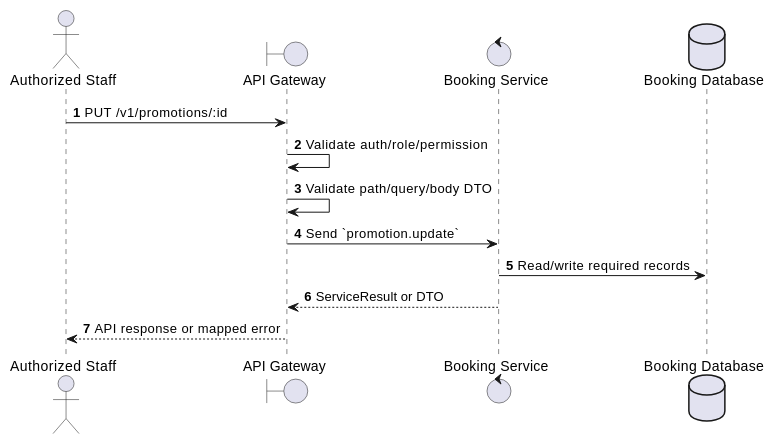
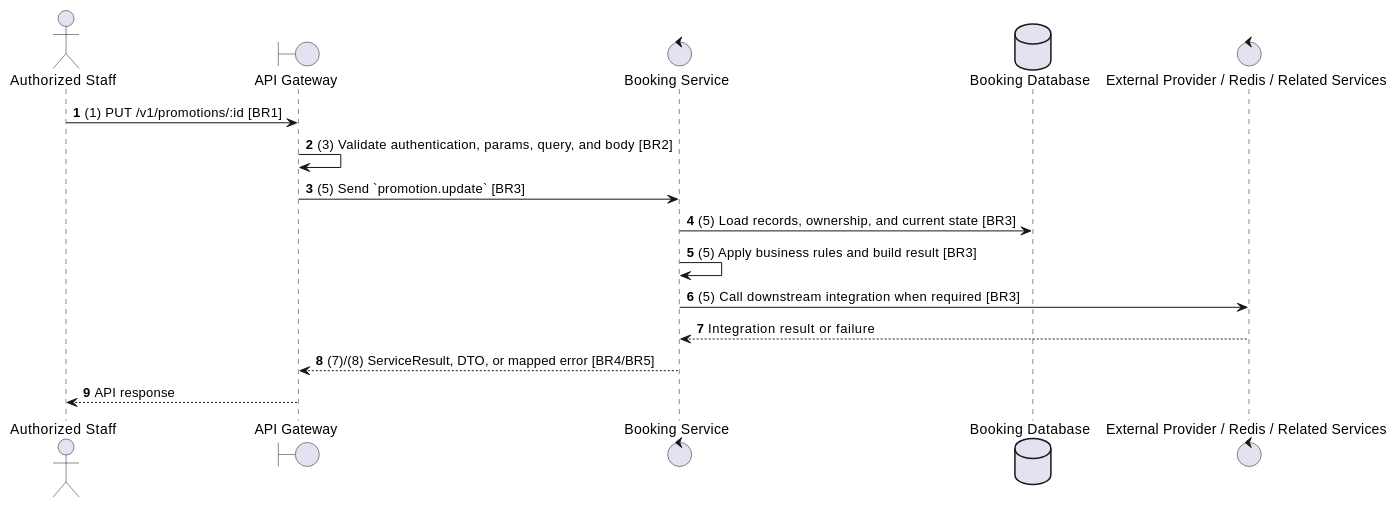
One commit to Tanh1603/movie-hub-architecture changed the second of 2 diagrams in docs/functional_specs/3.10_Promotions_Discounts_Module/PM-06_Update_Promotion.md. Above: the diagram before and after it, drawn with PlantUML. The commit also changed other lines of this file and 129 other files, not shown here.

````diff
--- a/docs/functional_specs/3.10_Promotions_Discounts_Module/PM-06_Update_Promotion.md
+++ b/docs/functional_specs/3.10_Promotions_Discounts_Module/PM-06_Update_Promotion.md
@@ -17,17 +64,20 @@
 ```plantuml
 @startuml
 autonumber
 actor "Authorized Staff" as Actor
 boundary "API Gateway" as GW
 control "Booking Service" as SVC
 database "Booking Database" as DB
+control "External Provider / Redis / Related Services" as EXT
 
-Actor -> GW: PUT /v1/promotions/:id
-GW -> GW: Validate auth/role/permission
-GW -> GW: Validate path/query/body DTO
-GW -> SVC: Send `promotion.update`
-SVC -> DB: Read/write required records
-SVC --> GW: ServiceResult or DTO
-GW --> Actor: API response or mapped error
+Actor -> GW: (1) PUT /v1/promotions/:id [BR1]
+GW -> GW: (3) Validate authentication, params, query, and body [BR2]
+GW -> SVC: (5) Send `promotion.update` [BR3]
+SVC -> DB: (5) Load records, ownership, and current state [BR3]
+SVC -> SVC: (5) Apply business rules and build result [BR3]
+SVC -> EXT: (5) Call downstream integration when required [BR3]
+EXT --> SVC: Integration result or failure
+SVC --> GW: (7)/(8) ServiceResult, DTO, or mapped error [BR4/BR5]
+GW --> Actor: API response
 @enduml
 ```
````
